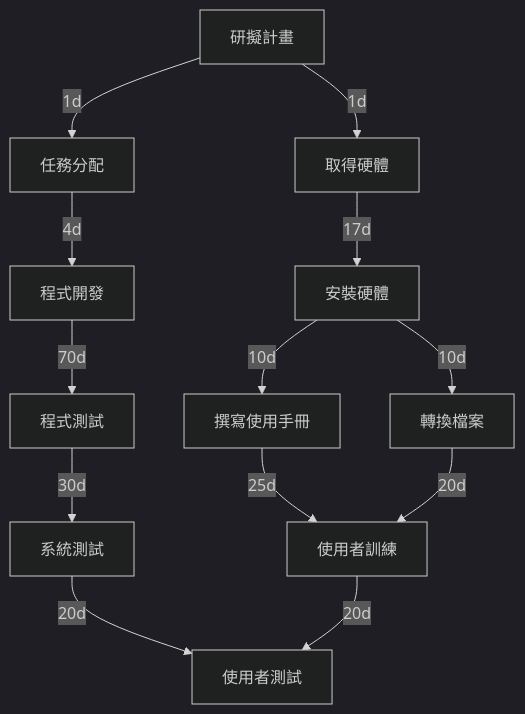
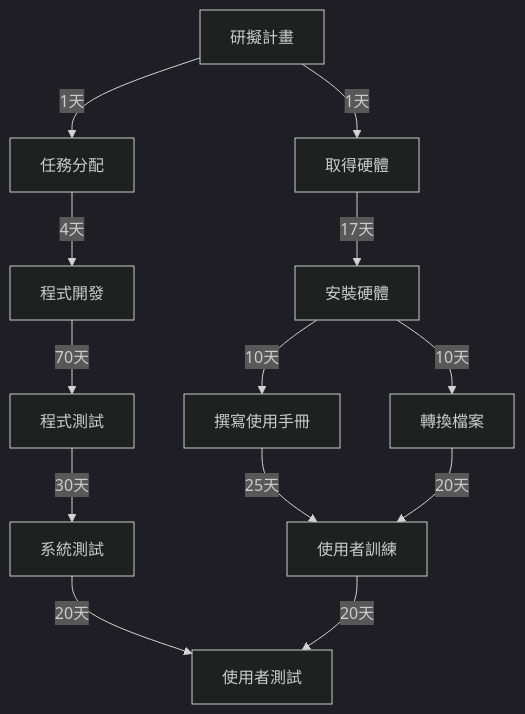
The second of 3 diagrams in hw2.md (C112118117/Markdown-), drawn with Mermaid (dark theme) before and after one commit.

````diff
--- a/hw2.md
+++ b/hw2.md
@@ -25,16 +25,16 @@
 ```mermaid
 flowchart TD
- a1[研擬計畫] -- 1d --> a2[任務分配]
-    a1 -- 1d --> a3[取得硬體]
-    a2 -- 4d --> a4[程式開發]
-    a3 -- 17d -->a5[安裝硬體]
-    a4 -- 70d --> a6[程式測試]
-    a5 -- 10d --> a7[撰寫使用手冊]
-    a5 -- 10d --> a8[轉換檔案]
-    a6 -- 30d --> a9[系統測試]
-    a7 -- 25d --> a10[使用者訓練]
-    a8 -- 20d --> a10[使用者訓練]
-    a9 -- 20d --> a11[使用者測試]
-    a10 -- 20d --> a11[使用者測試]
+ a1[研擬計畫] -- 1天 --> a2[任務分配]
+    a1 -- 1天 --> a3[取得硬體]
+    a2 -- 4天 --> a4[程式開發]
+    a3 -- 17天 -->a5[安裝硬體]
+    a4 -- 70天 --> a6[程式測試]
+    a5 -- 10天 --> a7[撰寫使用手冊]
+    a5 -- 10天 --> a8[轉換檔案]
+    a6 -- 30天 --> a9[系統測試]
+    a7 -- 25天 --> a10[使用者訓練]
+    a8 -- 20天 --> a10[使用者訓練]
+    a9 -- 20天 --> a11[使用者測試]
+    a10 -- 20天 --> a11[使用者測試]
 
 ```
````
